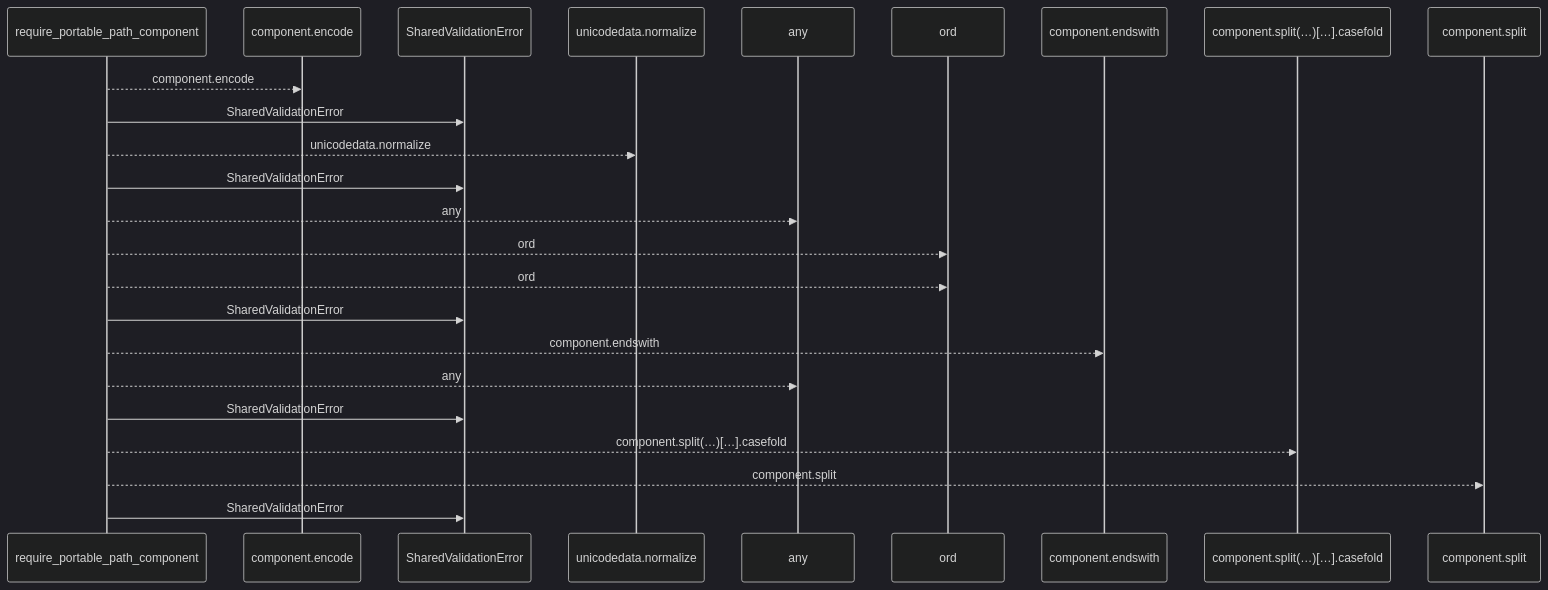
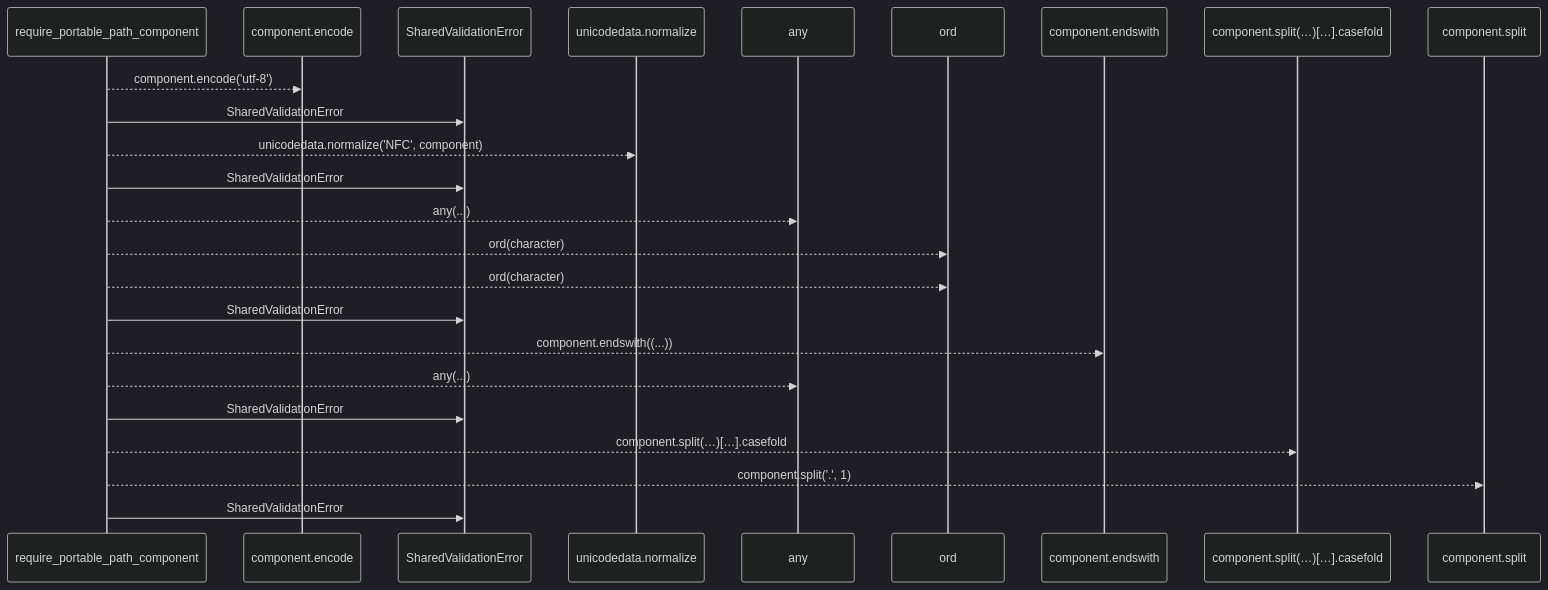
The first of 2 diagrams in docs/llm_wiki/flows/api-require_portable_path_component.md (Denissvgn/python-wiki-llm), drawn with Mermaid (dark theme) before and after one commit. The commit also changed other lines of this file and 1410 other files, not shown here.

````diff
--- a/docs/llm_wiki/flows/api-require_portable_path_component.md
+++ b/docs/llm_wiki/flows/api-require_portable_path_component.md
@@ -10,26 +12,26 @@
 ```mermaid
 sequenceDiagram
     participant p0 as require_portable_path_component
     participant p1 as component.encode
     participant p2 as SharedValidationError
     participant p3 as unicodedata.normalize
     participant p4 as any
     participant p5 as ord
     participant p6 as component.endswith
     participant p7 as component.split(…)[…].casefold
     participant p8 as component.split
-    p0-->>p1: component.encode
+    p0-->>p1: component.encode('utf-8')
     p0->>p2: SharedValidationError
-    p0-->>p3: unicodedata.normalize
+    p0-->>p3: unicodedata.normalize('NFC', component)
     p0->>p2: SharedValidationError
-    p0-->>p4: any
-    p0-->>p5: ord
-    p0-->>p5: ord
+    p0-->>p4: any(...)
+    p0-->>p5: ord(character)
+    p0-->>p5: ord(character)
     p0->>p2: SharedValidationError
-    p0-->>p6: component.endswith
-    p0-->>p4: any
+    p0-->>p6: component.endswith((...))
+    p0-->>p4: any(...)
     p0->>p2: SharedValidationError
     p0-->>p7: component.split(…)[…].casefold
-    p0-->>p8: component.split
+    p0-->>p8: component.split('.', 1)
     p0->>p2: SharedValidationError
 ```
````
